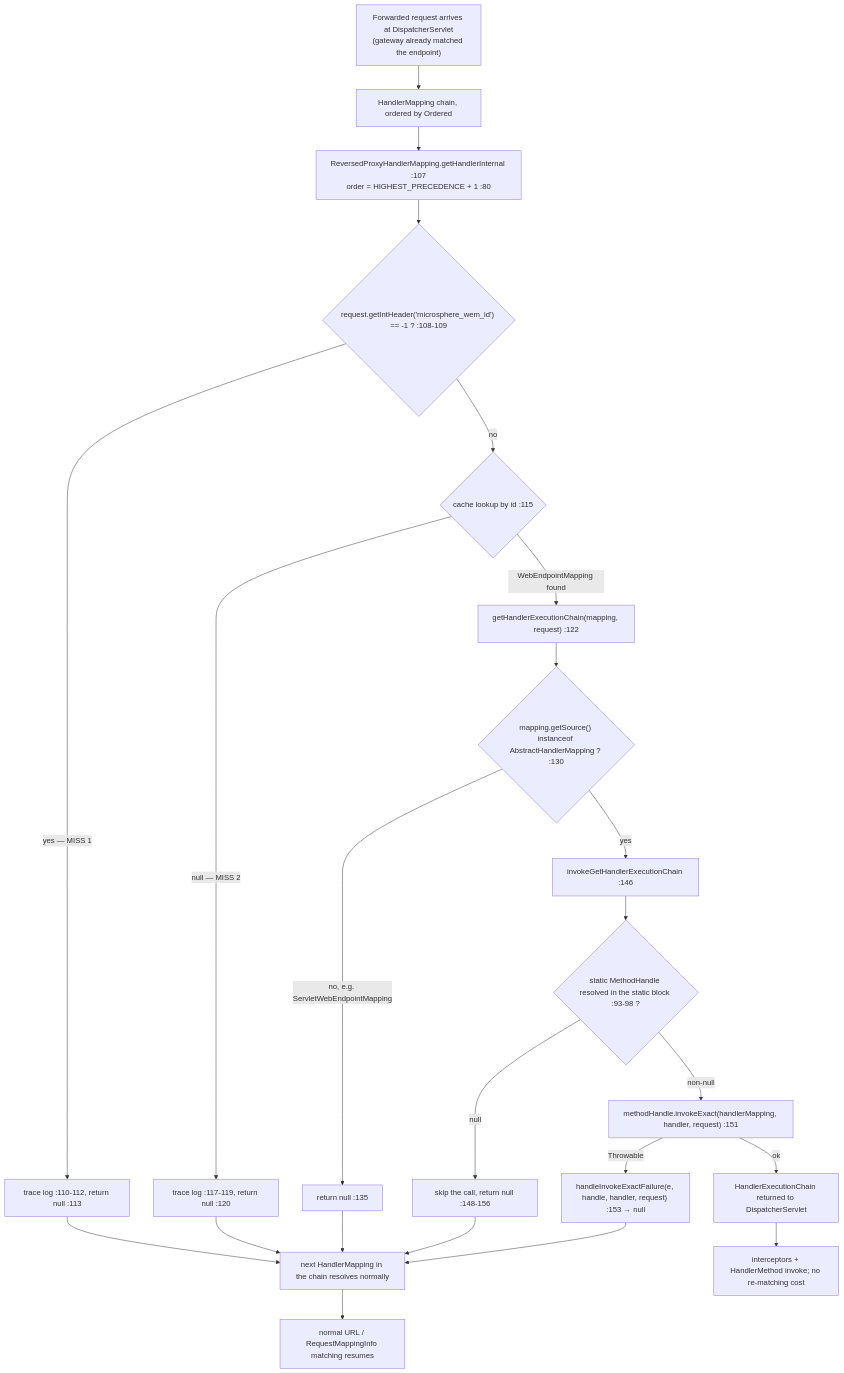
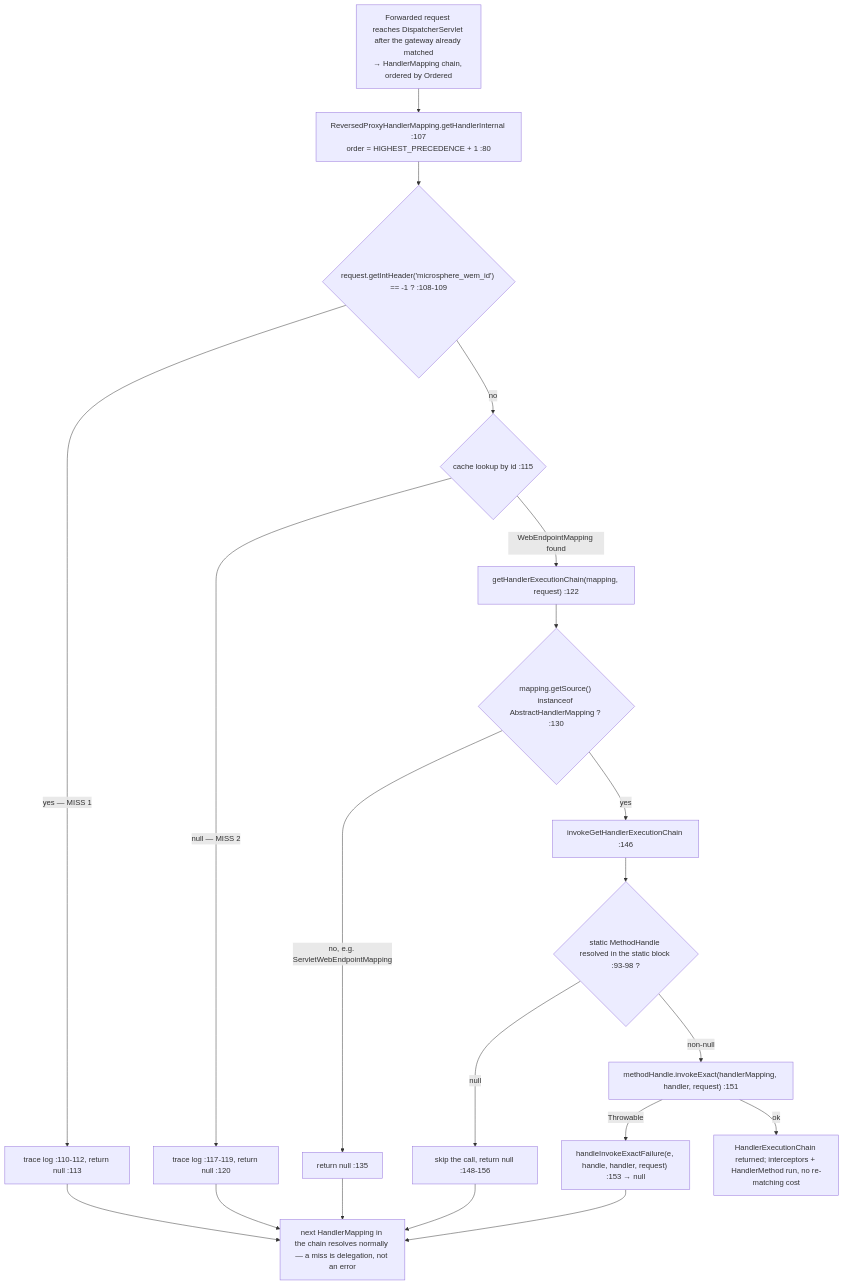
The third of 3 diagrams in docs/developer-guide/1.x/webmvc.md (microsphere-projects/microsphere-spring), drawn with Mermaid before and after one commit. The commit also changed other lines of this file and 55 other files, not shown here.

````diff
--- a/docs/developer-guide/1.x/webmvc.md
+++ b/docs/developer-guide/1.x/webmvc.md
@@ -261,25 +224,18 @@
 ```mermaid
 flowchart TD
-    A["Forwarded request arrives at DispatcherServlet<br/>(gateway already matched the endpoint)"] --> B["HandlerMapping chain, ordered by Ordered"]
-    B --> C["ReversedProxyHandlerMapping.getHandlerInternal :107<br/>order = HIGHEST_PRECEDENCE + 1 :80"]
+    A["Forwarded request reaches DispatcherServlet after the gateway already matched<br/>→ HandlerMapping chain, ordered by Ordered"] --> C["ReversedProxyHandlerMapping.getHandlerInternal :107<br/>order = HIGHEST_PRECEDENCE + 1 :80"]
     C --> D{"request.getIntHeader('microsphere_wem_id') == -1 ? :108-109"}
     D -->|yes — MISS 1| E["trace log :110-112, return null :113"]
     D -->|no| F{"cache lookup by id :115"}
     F -->|null — MISS 2| G["trace log :117-119, return null :120"]
     F -->|WebEndpointMapping found| H["getHandlerExecutionChain(mapping, request) :122"]
     H --> I{"mapping.getSource() instanceof AbstractHandlerMapping ? :130"}
     I -->|no, e.g. ServletWebEndpointMapping| J["return null :135"]
     I -->|yes| K["invokeGetHandlerExecutionChain :146"]
     K --> L{"static MethodHandle resolved in the static block :93-98 ?"}
     L -->|null| M["skip the call, return null :148-156"]
     L -->|non-null| N["methodHandle.invokeExact(handlerMapping, handler, request) :151"]
     N -->|Throwable| O["handleInvokeExactFailure(e, handle, handler, request) :153 → null"]
-    N -->|ok| P["HandlerExecutionChain returned to DispatcherServlet"]
-    E --> Q["next HandlerMapping in the chain resolves normally"]
-    G --> Q
-    J --> Q
-    M --> Q
-    O --> Q
-    P --> R["interceptors + HandlerMethod invoke; no re-matching cost"]
-    Q --> S["normal URL / RequestMappingInfo matching resumes"]
+    N -->|ok| P["HandlerExecutionChain returned; interceptors + HandlerMethod run, no re-matching cost"]
+    E & G & J & M & O --> Q["next HandlerMapping in the chain resolves normally — a miss is delegation, not an error"]
 ```
````
